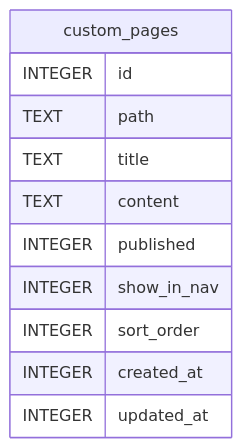
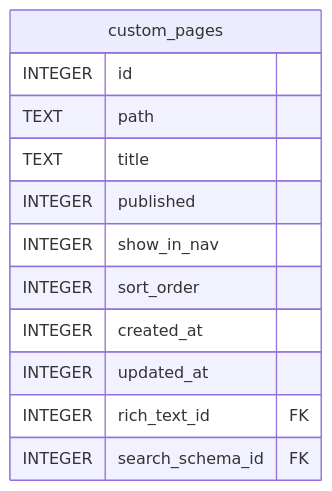
One commit to ktbhealth/docs changed the diagram in content/docs/en/developers/plugins/pages/reference/schema.mmd. Above: the diagram before and after it, drawn with Mermaid. The commit also changed 59 other files, not shown here.

Commit message:
docs(erd): fonts, rich-text, schemas domains + theme is_main (product feat/theme-main)

```diff
--- a/content/docs/en/developers/plugins/pages/reference/schema.mmd
+++ b/content/docs/en/developers/plugins/pages/reference/schema.mmd
@@ -1,14 +1,15 @@
 erDiagram
 
 
 "custom_pages" {
   INTEGER id
   TEXT path
   TEXT title
-  TEXT content
   INTEGER published
   INTEGER show_in_nav
   INTEGER sort_order
   INTEGER created_at
   INTEGER updated_at
+  INTEGER rich_text_id FK
+  INTEGER search_schema_id FK
 }
```
